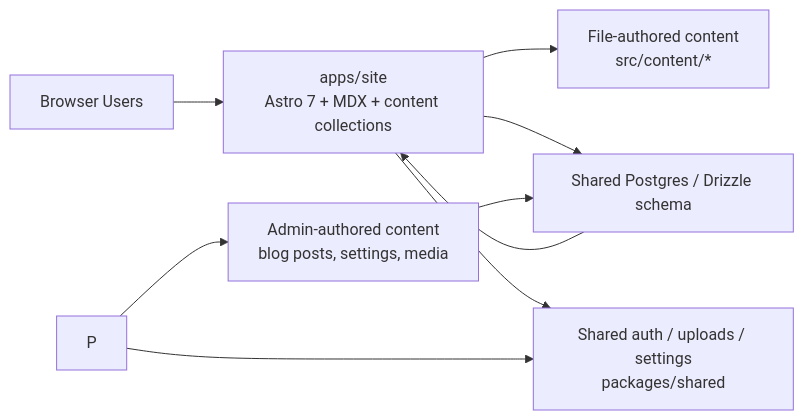
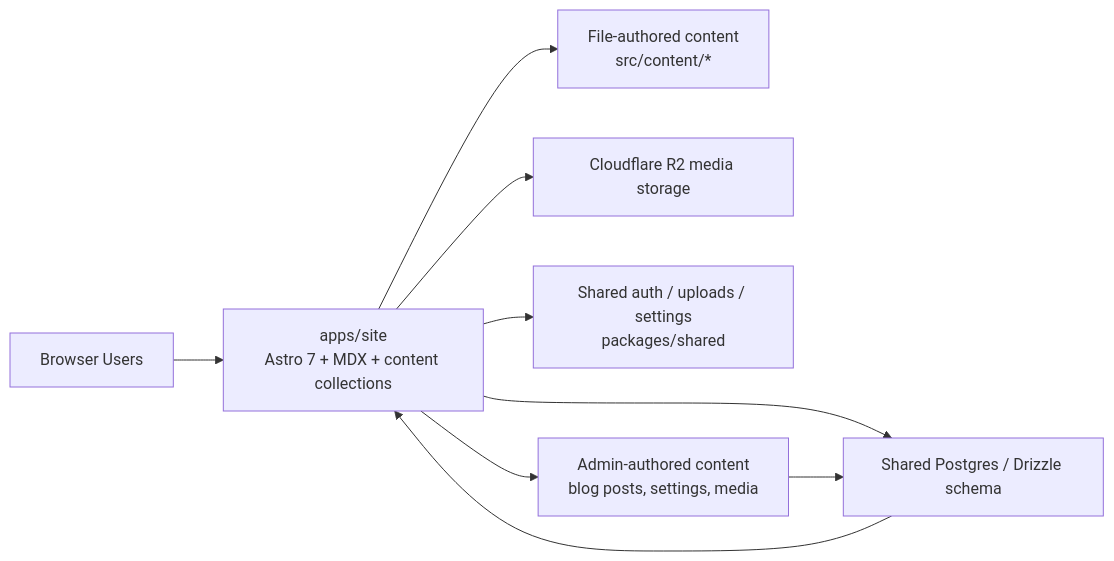
The diagram in README.md (stevenfackley/steveackley-website), drawn with Mermaid before and after one commit. The commit also changed other lines of this file and 11 other files, not shown here.

````diff
--- a/README.md
+++ b/README.md
@@ -7,11 +7,11 @@
 ```mermaid
 flowchart LR
     U["Browser Users"] --> S["apps/site<br/>Astro 7 + MDX + content collections"]
     S --> C["File-authored content<br/>src/content/*"]
     S --> D["Shared Postgres / Drizzle schema"]
     S --> R["Cloudflare R2 media storage"]
-    P --> R["Shared auth / uploads / settings<br/>packages/shared"]
-    P --> O["Admin-authored content<br/>blog posts, settings, media"]
+    S --> P["Shared auth / uploads / settings<br/>packages/shared"]
+    S --> O["Admin-authored content<br/>blog posts, settings, media"]
     O --> D
     D --> S
 ```
````
